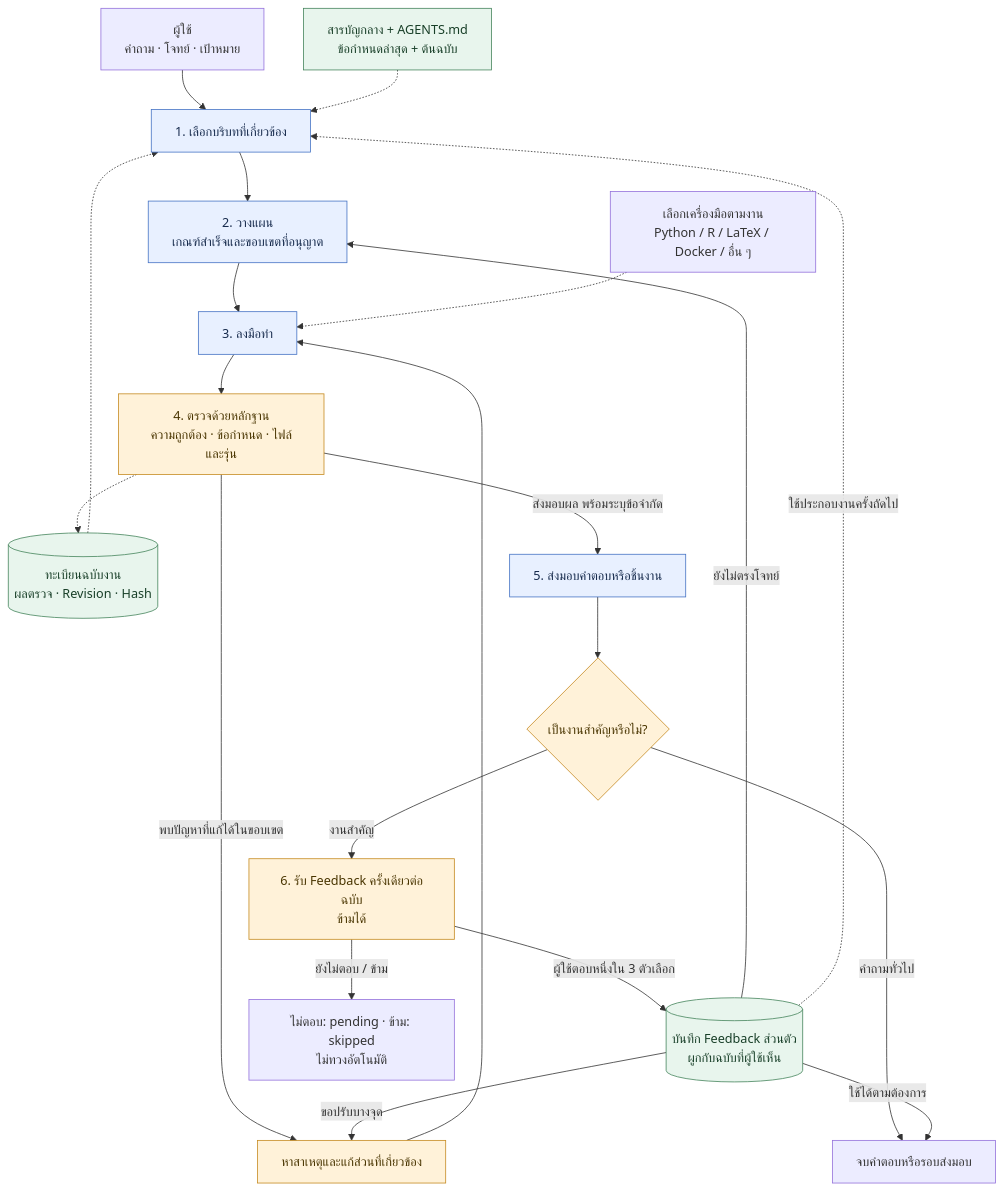
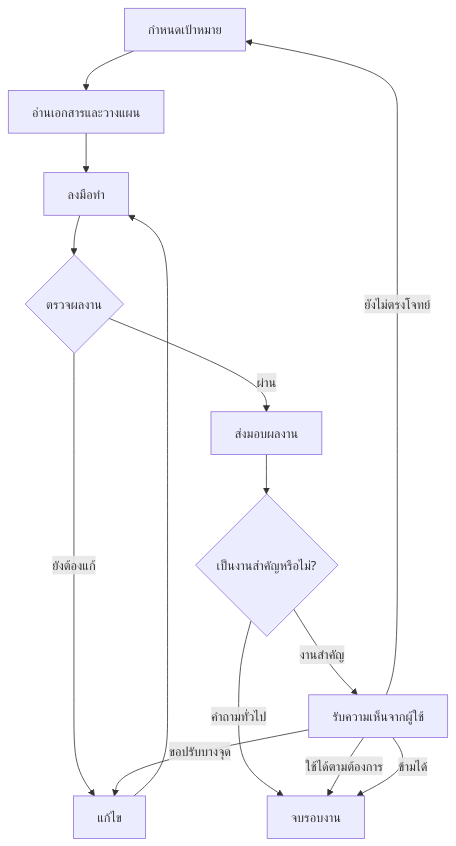
Before and after one commit to panithan1991/ai-assisted-workflow: the diagram in README.md, drawn with Mermaid. The commit also changed other lines of this file, not shown here.

````diff
--- a/README.md
+++ b/README.md
@@ -41,34 +22,16 @@
 ```mermaid
 flowchart TD
-    U["ผู้ใช้<br/>คำถาม · โจทย์ · เป้าหมาย"] --> C["1. เลือกบริบทที่เกี่ยวข้อง"]
-
-    R["สารบัญกลาง + AGENTS.md<br/>ข้อกำหนดล่าสุด + ต้นฉบับ"] -.-> C
-    C --> P["2. วางแผน<br/>เกณฑ์สำเร็จและขอบเขตที่อนุญาต"]
-    P --> W["3. ลงมือทำ"]
-
-    T["เลือกเครื่องมือตามงาน<br/>Python / R / LaTeX / Docker / อื่น ๆ"] -.-> W
-    W --> V["4. ตรวจด้วยหลักฐาน<br/>ความถูกต้อง · ข้อกำหนด · ไฟล์และรุ่น"]
-    V -->|"พบปัญหาที่แก้ได้ในขอบเขต"| X["หาสาเหตุและแก้ส่วนที่เกี่ยวข้อง"]
-    X --> W
-
-    V -.-> A[("ทะเบียนฉบับงาน<br/>ผลตรวจ · Revision · Hash")]
-    A -.-> C
-    V -->|"ส่งมอบผล พร้อมระบุข้อจำกัด"| D["5. ส่งมอบคำตอบหรือชิ้นงาน"]
-    D --> Q{"เป็นงานสำคัญหรือไม่?"}
-
-    Q -->|"คำถามทั่วไป"| END["จบคำตอบหรือรอบส่งมอบ"]
-    Q -->|"งานสำคัญ"| F["6. รับ Feedback ครั้งเดียวต่อฉบับ<br/>ข้ามได้"]
-    F -->|"ผู้ใช้ตอบหนึ่งใน 3 ตัวเลือก"| H[("บันทึก Feedback ส่วนตัว<br/>ผูกกับฉบับที่ผู้ใช้เห็น")]
-    H -->|"ใช้ได้ตามต้องการ"| END
-    H -->|"ขอปรับบางจุด"| X
-    H -->|"ยังไม่ตรงโจทย์"| P
-    H -.->|"ใช้ประกอบงานครั้งถัดไป"| C
-    F -->|"ยังไม่ตอบ / ข้าม"| N["ไม่ตอบ: pending · ข้าม: skipped<br/>ไม่ทวงอัตโนมัติ"]
-
-    classDef control fill:#e8f0ff,stroke:#4472c4,color:#172b4d;
-    classDef review fill:#fff2d9,stroke:#c58a20,color:#493500;
-    classDef storage fill:#e8f5ed,stroke:#45845c,color:#183f28;
-    class C,P,W,D control;
-    class V,Q,F,X review;
-    class R,A,H storage;
+    A["กำหนดเป้าหมาย"] --> B["อ่านเอกสารและวางแผน"]
+    B --> C["ลงมือทำ"]
+    C --> D{"ตรวจผลงาน"}
+    D -->|"ยังต้องแก้"| E["แก้ไข"]
+    E --> C
+    D -->|"ผ่าน"| F["ส่งมอบผลงาน"]
+    F --> G{"เป็นงานสำคัญหรือไม่?"}
+    G -->|"คำถามทั่วไป"| H["จบรอบงาน"]
+    G -->|"งานสำคัญ"| I["รับความเห็นจากผู้ใช้"]
+    I -->|"ใช้ได้ตามต้องการ"| H
+    I -->|"ขอปรับบางจุด"| E
+    I -->|"ยังไม่ตรงโจทย์"| A
+    I -->|"ข้ามได้"| H
 ```
````
